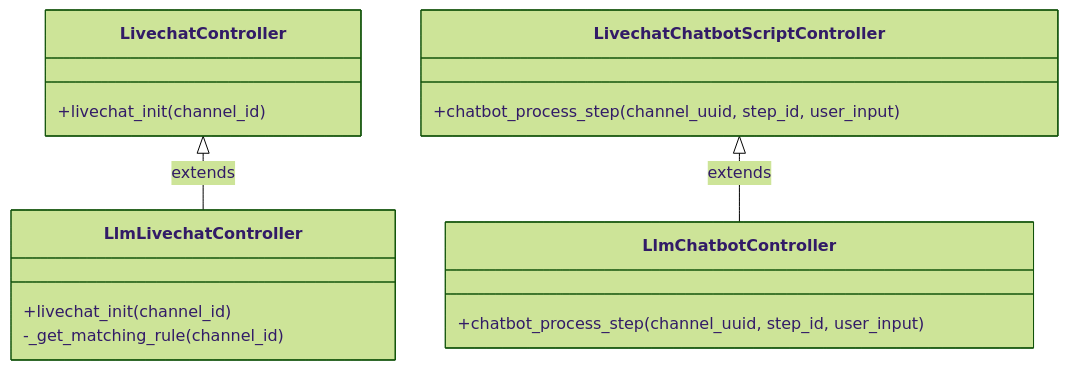
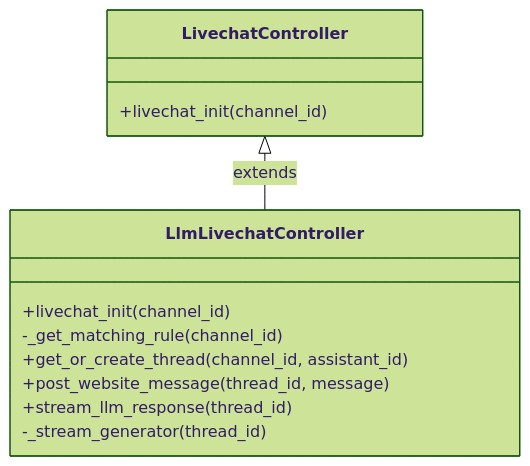
One commit to yoandym/odoo-llm changed the first of 2 diagrams in llm_website_assistant/docs/developer-guide/controllers.md. Above: the diagram before and after it, drawn with Mermaid (forest theme). The commit also changed other lines of this file and 46 other files, not shown here.

First line of the commit message:
[WIP] LLM capabilities for im_livechat

````diff
--- a/llm_website_assistant/docs/developer-guide/controllers.md
+++ b/llm_website_assistant/docs/developer-guide/controllers.md
@@ -7,22 +7,17 @@
 ```{mermaid}
 classDiagram
     class LivechatController {
         +livechat_init(channel_id)
     }
     
     class LlmLivechatController {
         +livechat_init(channel_id)
         -_get_matching_rule(channel_id)
-    }
-    
-    class LivechatChatbotScriptController {
-        +chatbot_process_step(channel_uuid, step_id, user_input)
-    }
-    
-    class LlmChatbotController {
-        +chatbot_process_step(channel_uuid, step_id, user_input)
+        +get_or_create_thread(channel_id, assistant_id)
+        +post_website_message(thread_id, message)
+        +stream_llm_response(thread_id)
+        -_stream_generator(thread_id)
     }
     
     LivechatController <|-- LlmLivechatController : extends
-    LivechatChatbotScriptController <|-- LlmChatbotController : extends
 ```
````
